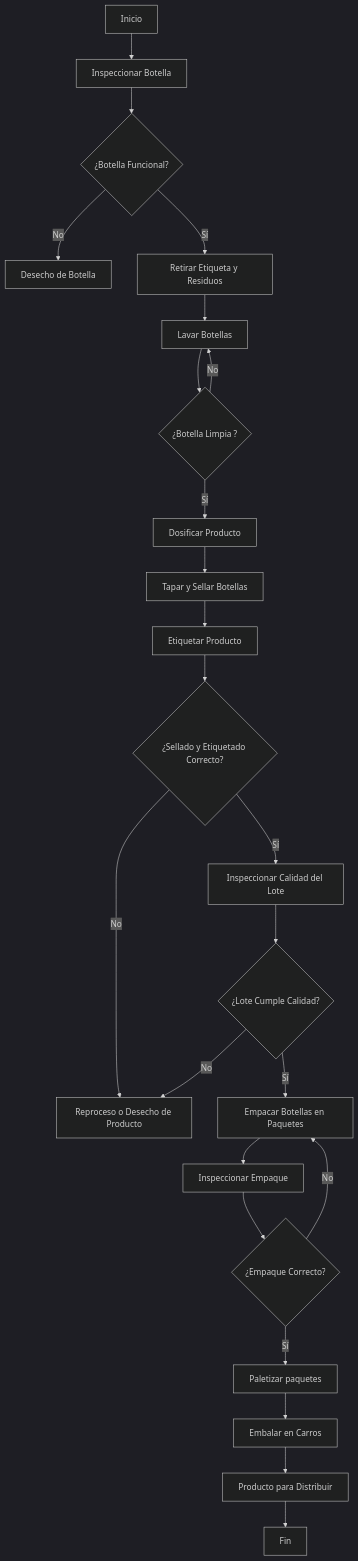
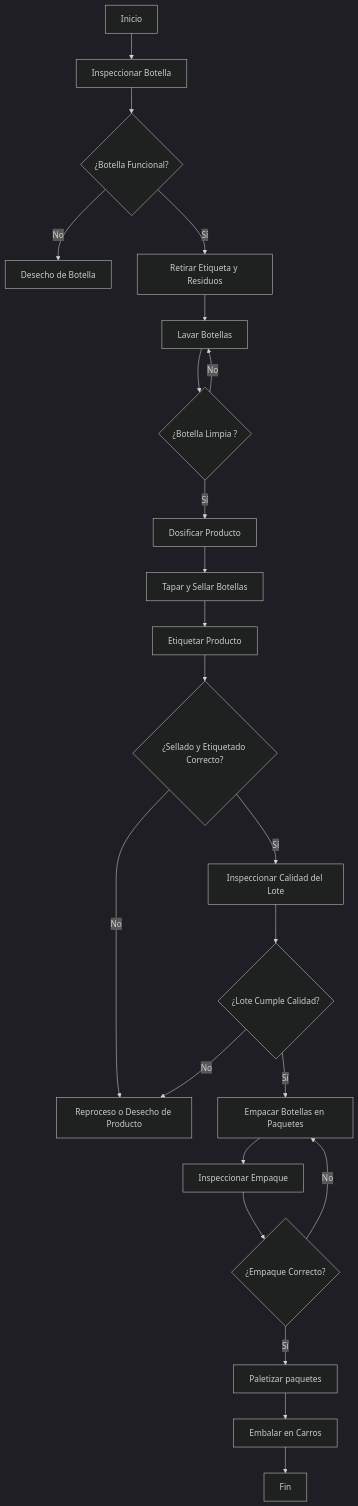
Before and after one commit to NicolasDavila2001/APM-20261S: the first of 2 diagrams in Modulo_2/Readme.md, drawn with Mermaid (dark theme).

Commit message:
Update flow diagram in Readme.md
Simplified flow diagram by removing intermediate step.

````diff
--- a/Modulo_2/Readme.md
+++ b/Modulo_2/Readme.md
@@ -8,38 +8,36 @@
 ```mermaid 
 flowchart TD
     A[Inicio] --> B[Inspeccionar Botella]
     
     B --> C{¿Botella Funcional?}
     
     C -- No --> X[Desecho de Botella]
     C -- Sí --> E[Retirar Etiqueta y Residuos]
     
     E --> F[Lavar Botellas]
     
     F--> H{¿Botella Limpia ?}
     H -- No --> F
     H -- Sí --> I[Dosificar Producto]
 
     I --> K[Tapar y Sellar Botellas]
     K --> L[Etiquetar Producto]
     
     L --> N{¿Sellado y Etiquetado Correcto?}
     
     N -- No --> Y[Reproceso o Desecho de Producto]
     N -- Sí --> O[Inspeccionar Calidad del Lote]
     
     O --> P{¿Lote Cumple Calidad?}
     P -- No --> Y
     P -- Sí --> Q[Empacar Botellas en Paquetes]
     
     Q --> S[Inspeccionar Empaque]
     
     S --> T{¿Empaque Correcto?}
     T -- No --> Q
     T -- Sí --> U[Paletizar paquetes]
     
     U --> V[Embalar en Carros]
-    V --> W[Producto para Distribuir]
-    
-    W --> Z[Fin]
+    V --> Z[Fin]
 ```
````
